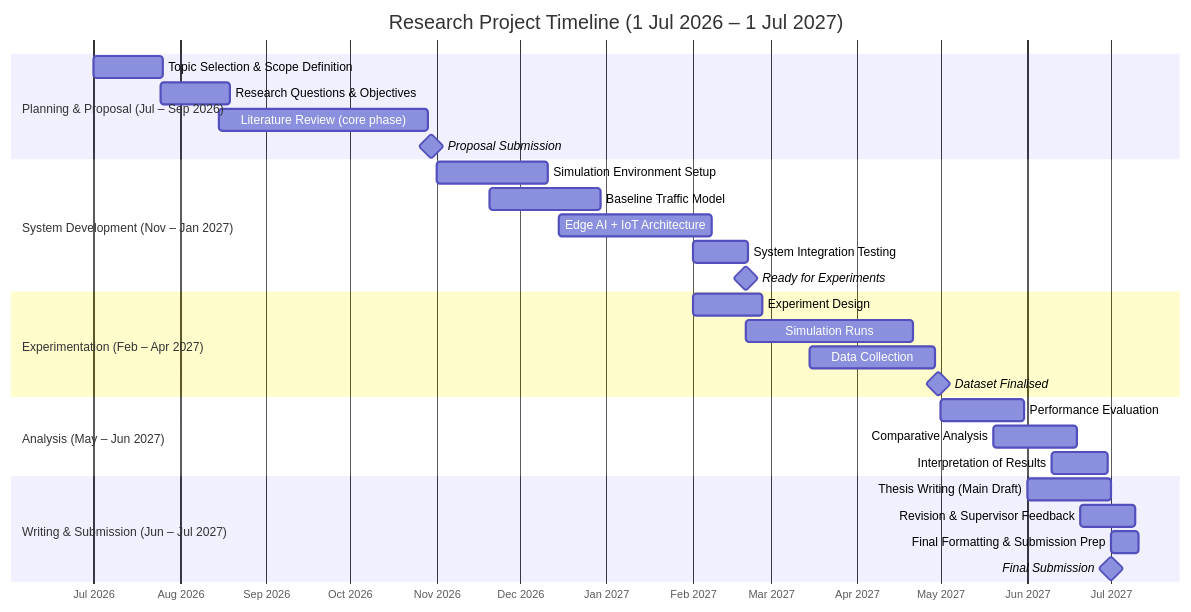
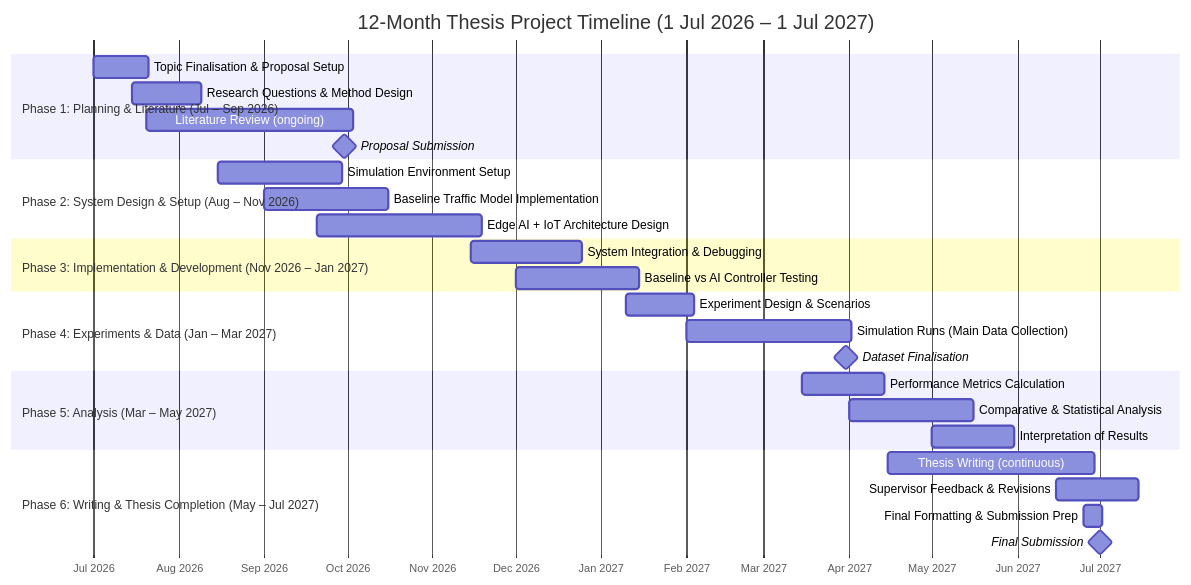
One commit to rosisneupane/Gantt_Chart_For_Final changed the diagram in README.md. Above: the diagram before and after it, drawn with Mermaid.

````diff
--- a/README.md
+++ b/README.md
@@ -1,41 +1,51 @@
 ```mermaid
 gantt
-    title Research Project Timeline (1 Jul 2026 – 1 Jul 2027)
+    title 12-Month Thesis Project Timeline (1 Jul 2026 – 1 Jul 2027)
     dateFormat YYYY-MM-DD
     axisFormat %b %Y
 
-    section Planning & Proposal (Jul – Sep 2026)
+    section Phase 1: Planning & Literature (Jul – Sep 2026)
 
-    Topic Selection & Scope Definition     :p1, 2026-07-01, 25d
-    Research Questions & Objectives        :p2, 2026-07-25, 25d
-    Literature Review (core phase)         :p3, 2026-08-15, 75d
-    Proposal Submission                    :milestone, m1, 2026-10-30, 0d
+    Topic Finalisation & Proposal Setup     :p1, 2026-07-01, 20d
+    Research Questions & Method Design      :p2, 2026-07-15, 25d
+    Literature Review (ongoing)             :p3, 2026-07-20, 75d
 
-    section System Development (Nov – Jan 2027)
+    Proposal Submission                     :milestone, m1, 2026-09-30, 0d
 
-    Simulation Environment Setup           :p4, 2026-11-01, 40d
-    Baseline Traffic Model                 :p5, 2026-11-20, 40d
-    Edge AI + IoT Architecture             :p6, 2026-12-15, 55d
-    System Integration Testing             :p7, 2027-02-01, 20d
-    Ready for Experiments                  :milestone, m2, 2027-02-20, 0d
 
-    section Experimentation (Feb – Apr 2027)
+    section Phase 2: System Design & Setup (Aug – Nov 2026)
 
-    Experiment Design                      :p8, 2027-02-01, 25d
-    Simulation Runs                        :p9, 2027-02-20, 60d
-    Data Collection                        :p10, 2027-03-15, 45d
-    Dataset Finalised                      :milestone, m3, 2027-04-30, 0d
+    Simulation Environment Setup            :p4, 2026-08-15, 45d
+    Baseline Traffic Model Implementation    :p5, 2026-09-01, 45d
+    Edge AI + IoT Architecture Design       :p6, 2026-09-20, 60d
 
-    section Analysis (May – Jun 2027)
 
-    Performance Evaluation                 :p11, 2027-05-01, 30d
-    Comparative Analysis                   :p12, 2027-05-20, 30d
-    Interpretation of Results              :p13, 2027-06-10, 20d
+    section Phase 3: Implementation & Development (Nov 2026 – Jan 2027)
 
-    section Writing & Submission (Jun – Jul 2027)
+    System Integration & Debugging          :p7, 2026-11-15, 40d
+    Baseline vs AI Controller Testing       :p8, 2026-12-01, 45d
 
-    Thesis Writing (Main Draft)            :p14, 2027-06-01, 30d
-    Revision & Supervisor Feedback         :p15, 2027-06-20, 20d
-    Final Formatting & Submission Prep     :p16, 2027-07-01, 10d
-    Final Submission                      :milestone, final, 2027-07-01, 0d
+
+    section Phase 4: Experiments & Data (Jan – Mar 2027)
+
+    Experiment Design & Scenarios           :p9, 2027-01-10, 25d
+    Simulation Runs (Main Data Collection)  :p10, 2027-02-01, 60d
+
+    Dataset Finalisation                    :milestone, m2, 2027-03-31, 0d
+
+
+    section Phase 5: Analysis (Mar – May 2027)
+
+    Performance Metrics Calculation         :p11, 2027-03-15, 30d
+    Comparative & Statistical Analysis      :p12, 2027-04-01, 45d
+    Interpretation of Results               :p13, 2027-05-01, 30d
+
+
+    section Phase 6: Writing & Thesis Completion (May – Jul 2027)
+
+    Thesis Writing (continuous)             :p14, 2027-04-15, 75d
+    Supervisor Feedback & Revisions         :p15, 2027-06-15, 30d
+    Final Formatting & Submission Prep      :p16, 2027-06-25, 7d
+
+    Final Submission                        :milestone, final, 2027-07-01, 0d
 ```
````
